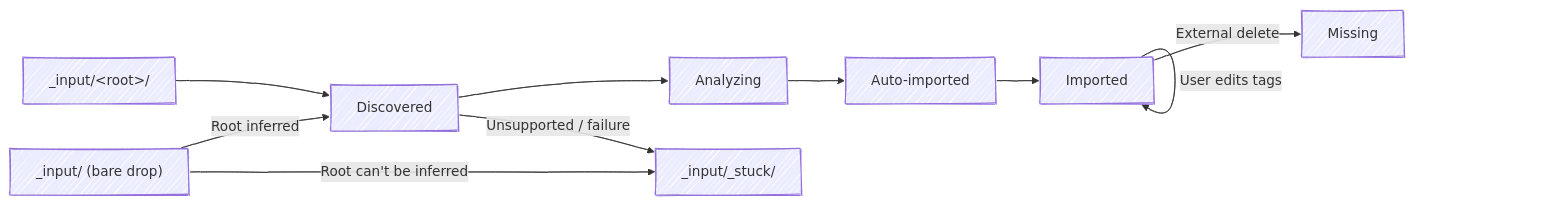
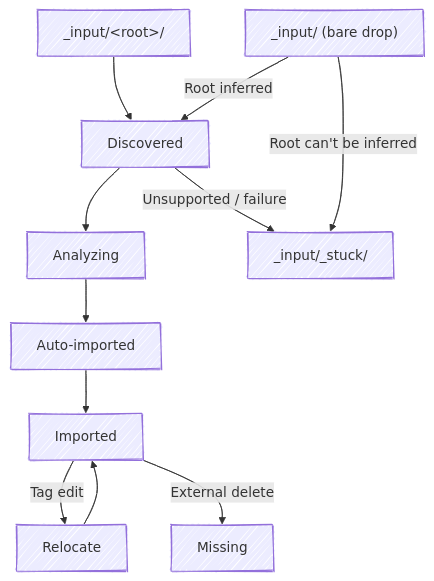
The first of 8 diagrams in SPEC.md (chris-peterson/pinpoint), drawn with Mermaid before and after one commit. The commit also changed other lines of this file and 13 other files, not shown here.

````diff
--- a/SPEC.md
+++ b/SPEC.md
@@ -91,16 +91,17 @@
 ```mermaid
 ---
 config:
   look: handDrawn
 ---
-flowchart LR
+flowchart TD
     A["_input/&lt;root&gt;/"] --> B[Discovered]
     B --> C[Analyzing]
     C --> D[Auto-imported]
     D --> E[Imported]
-    E -->|User edits tags| E
+    E -->|Tag edit| RL[Relocate]
+    RL --> E
     E -->|External delete| F[Missing]
     B -->|Unsupported / failure| R["_input/_stuck/"]
     A2["_input/ (bare drop)"] -->|Root can't be inferred| R
     A2 -->|Root inferred| B
 ```
````
